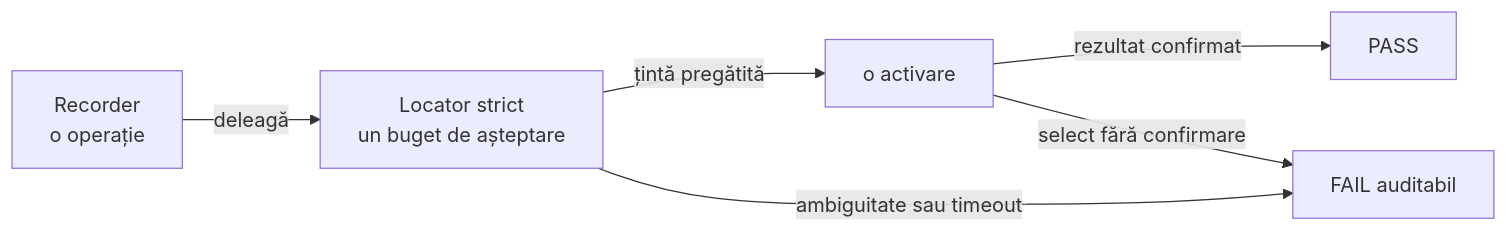
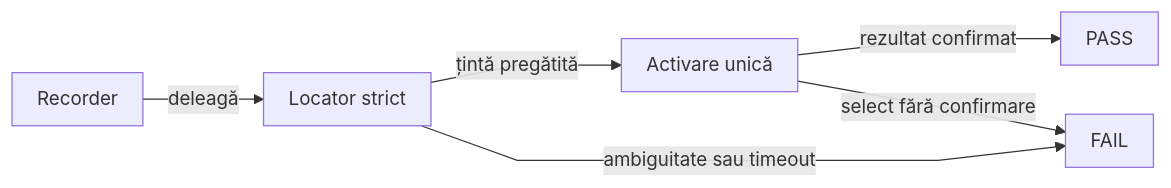
One commit to crististefanita/atf_j0 changed the second of 5 diagrams in atf-ui/README.md. Above: the diagram before and after it, drawn with Mermaid. The commit also changed other lines of this file and 97 other files, not shown here.

````diff
--- a/atf-ui/README.md
+++ b/atf-ui/README.md
@@ -182,8 +193,9 @@
 ```mermaid
+%%{init: {"themeVariables":{"fontSize":"15px"},"themeCSS":".nodeLabel, .nodeLabel p { font-size: 15px !important; line-height: 1.35 !important; } .edgeLabel, .edgeLabel p { font-size: 12px !important; font-weight: 400 !important; line-height: 1.2 !important; } .edgeLabel .labelBkg, .edgeLabel p { background: transparent !important; } .edgeLabel foreignObject { transform: translateY(-28px); overflow: visible; } .node rect { rx: 6px; ry: 6px; }","flowchart":{"curve":"linear","nodeSpacing":24,"rankSpacing":40,"padding":10,"diagramPadding":24}}}%%
 flowchart LR
-    Record["Recorder<br/>o operație"] -->|deleagă| Native["Locator strict<br/>un buget de așteptare"]
-    Native -->|țintă pregătită| Activate["o activare"]
-    Native -->|ambiguitate sau timeout| Fail["FAIL auditabil"]
+    Record["Recorder"] -->|deleagă| Native["Locator strict"]
+    Native -->|țintă pregătită| Activate["Activare unică"]
+    Native -->|ambiguitate sau timeout| Fail["FAIL"]
     Activate -->|rezultat confirmat| Pass["PASS"]
     Activate -->|select fără confirmare| Fail
 ```
````
